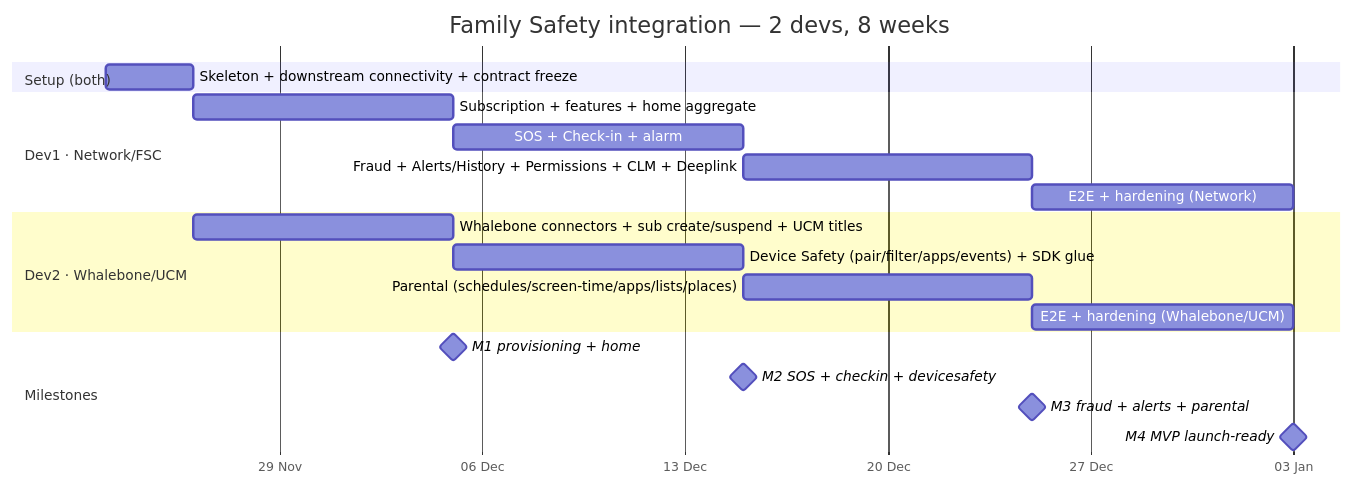
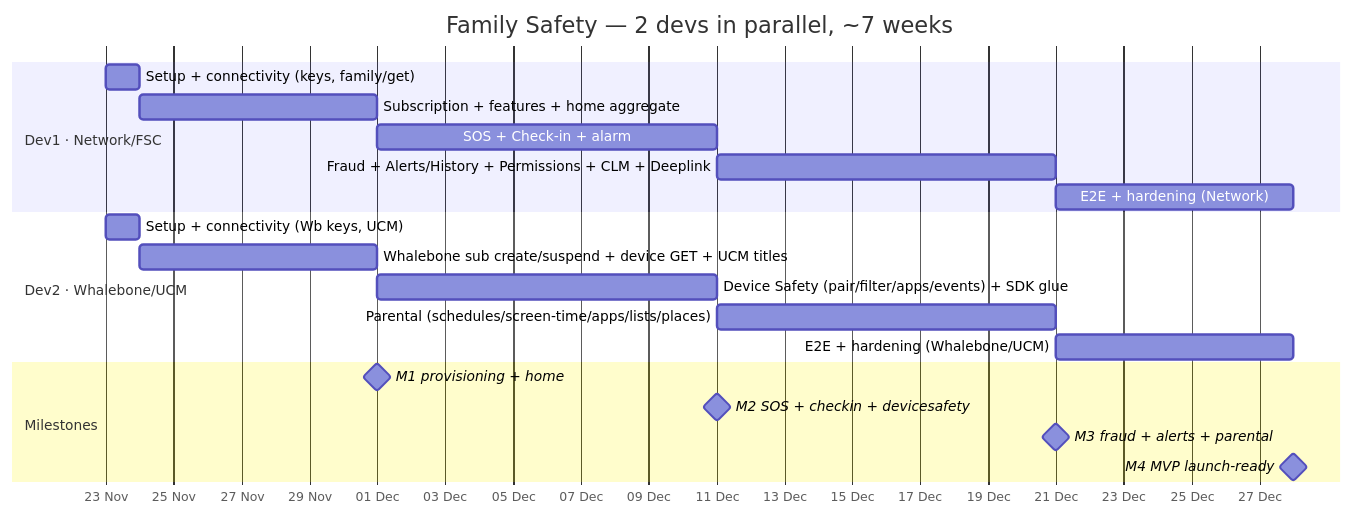
One commit to Amitpawar503/lazzy changed the diagram in docs/family-safety/Integration-and-Dev-Plan.md. Above: the diagram before and after it, drawn with Mermaid. The commit also changed other lines of this file and 2 other files, not shown here.

Commit message:
Revise dev plan: parallel tracks, contracts shared, member CRUD removed

````diff
--- a/docs/family-safety/Integration-and-Dev-Plan.md
+++ b/docs/family-safety/Integration-and-Dev-Plan.md
@@ -19,27 +19,26 @@
 ```mermaid
 gantt
     dateFormat  YYYY-MM-DD
     axisFormat  %d %b
-    title Family Safety integration — 2 devs, 8 weeks
-
-    section Setup (both)
-    Skeleton + downstream connectivity + contract freeze   :s0, 2026-11-23, 3d
+    title Family Safety — 2 devs in parallel, ~7 weeks
 
     section Dev1 · Network/FSC
-    Subscription + features + home aggregate   :a1, after s0, 9d
-    SOS + Check-in + alarm                      :a2, after a1, 10d
+    Setup + connectivity (keys, family/get)      :a0, 2026-11-23, 1d
+    Subscription + features + home aggregate      :a1, after a0, 7d
+    SOS + Check-in + alarm                         :a2, after a1, 10d
     Fraud + Alerts/History + Permissions + CLM + Deeplink :a3, after a2, 10d
-    E2E + hardening (Network)                    :a4, after a3, 9d
+    E2E + hardening (Network)                      :a4, after a3, 7d
 
     section Dev2 · Whalebone/UCM
-    Whalebone connectors + sub create/suspend + UCM titles :b1, after s0, 9d
-    Device Safety (pair/filter/apps/events) + SDK glue     :b2, after b1, 10d
-    Parental (schedules/screen-time/apps/lists/places)     :b3, after b2, 10d
-    E2E + hardening (Whalebone/UCM)                         :b4, after b3, 9d
+    Setup + connectivity (Wb keys, UCM)           :b0, 2026-11-23, 1d
+    Whalebone sub create/suspend + device GET + UCM titles :b1, after b0, 7d
+    Device Safety (pair/filter/apps/events) + SDK glue :b2, after b1, 10d
+    Parental (schedules/screen-time/apps/lists/places) :b3, after b2, 10d
+    E2E + hardening (Whalebone/UCM)                :b4, after b3, 7d
 
     section Milestones
-    M1 provisioning + home        :milestone, m1, after a1, 0d
+    M1 provisioning + home         :milestone, m1, after a1, 0d
     M2 SOS + checkin + devicesafety :milestone, m2, after a2, 0d
-    M3 fraud + alerts + parental   :milestone, m3, after a3, 0d
-    M4 MVP launch-ready           :milestone, m4, after a4, 0d
+    M3 fraud + alerts + parental    :milestone, m3, after a3, 0d
+    M4 MVP launch-ready            :milestone, m4, after a4, 0d
 ```
````
